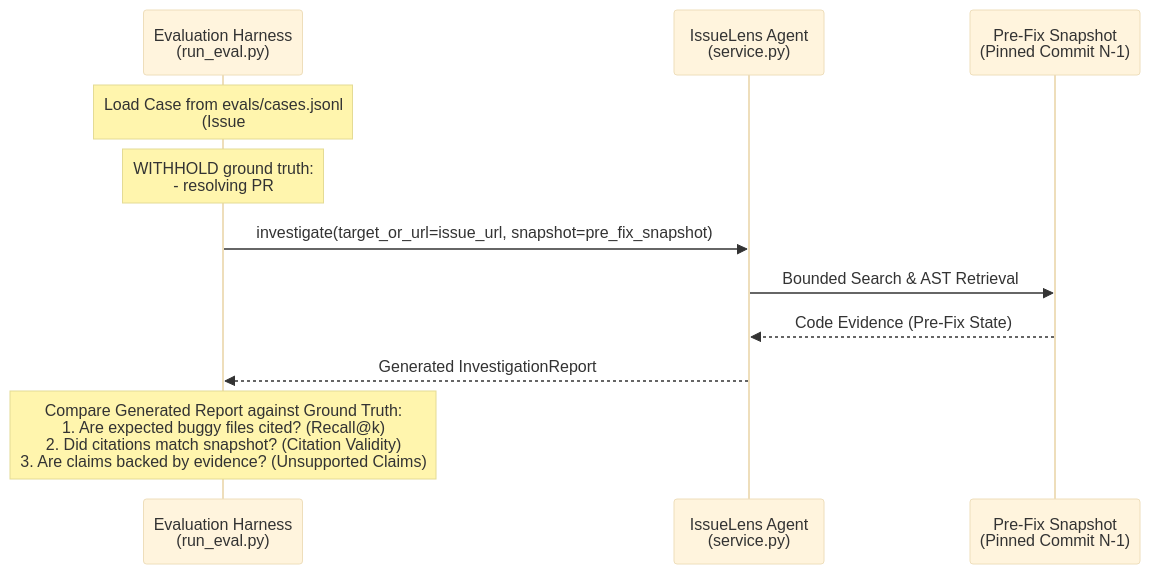
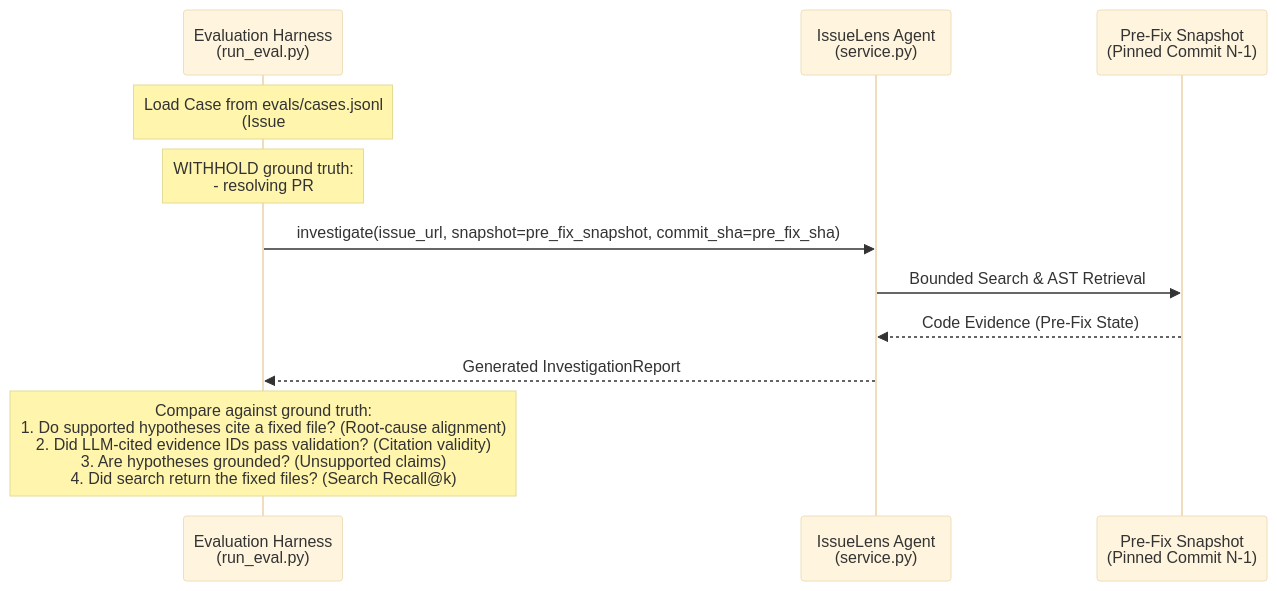
Before and after one commit to vishwaskotegar/Issuelens: the second of 2 diagrams in docs/architecture/testing-and-evaluation.md, drawn with Mermaid (base theme). The commit also changed other lines of this file and 8 other files, not shown here.

````diff
--- a/docs/architecture/testing-and-evaluation.md
+++ b/docs/architecture/testing-and-evaluation.md
@@ -110,16 +110,16 @@
 ```mermaid
 sequenceDiagram
     participant EvalHarness as Evaluation Harness<br/>(run_eval.py)
     participant Agent as IssueLens Agent<br/>(service.py)
     participant Repo as Pre-Fix Snapshot<br/>(Pinned Commit N-1)
 
     Note over EvalHarness: Load Case from evals/cases.jsonl<br/>(Issue #123, Pre-Fix SHA: 7f8a9b...)
     Note over EvalHarness: WITHHOLD ground truth:<br/>- resolving PR #125<br/>- fix commit 8e9f0a...<br/>- post-fix comments
     
-    EvalHarness->>Agent: investigate(target_or_url=issue_url, snapshot=pre_fix_snapshot)
+    EvalHarness->>Agent: investigate(issue_url, snapshot=pre_fix_snapshot, commit_sha=pre_fix_sha)
     Agent->>Repo: Bounded Search & AST Retrieval
     Repo-->>Agent: Code Evidence (Pre-Fix State)
     Agent-->>EvalHarness: Generated InvestigationReport
     
-    Note over EvalHarness: Compare Generated Report against Ground Truth:<br/>1. Are expected buggy files cited? (Recall@k)<br/>2. Did citations match snapshot? (Citation Validity)<br/>3. Are claims backed by evidence? (Unsupported Claims)
+    Note over EvalHarness: Compare against ground truth:<br/>1. Do supported hypotheses cite a fixed file? (Root-cause alignment)<br/>2. Did LLM-cited evidence IDs pass validation? (Citation validity)<br/>3. Are hypotheses grounded? (Unsupported claims)<br/>4. Did search return the fixed files? (Search Recall@k)
 ```
````
